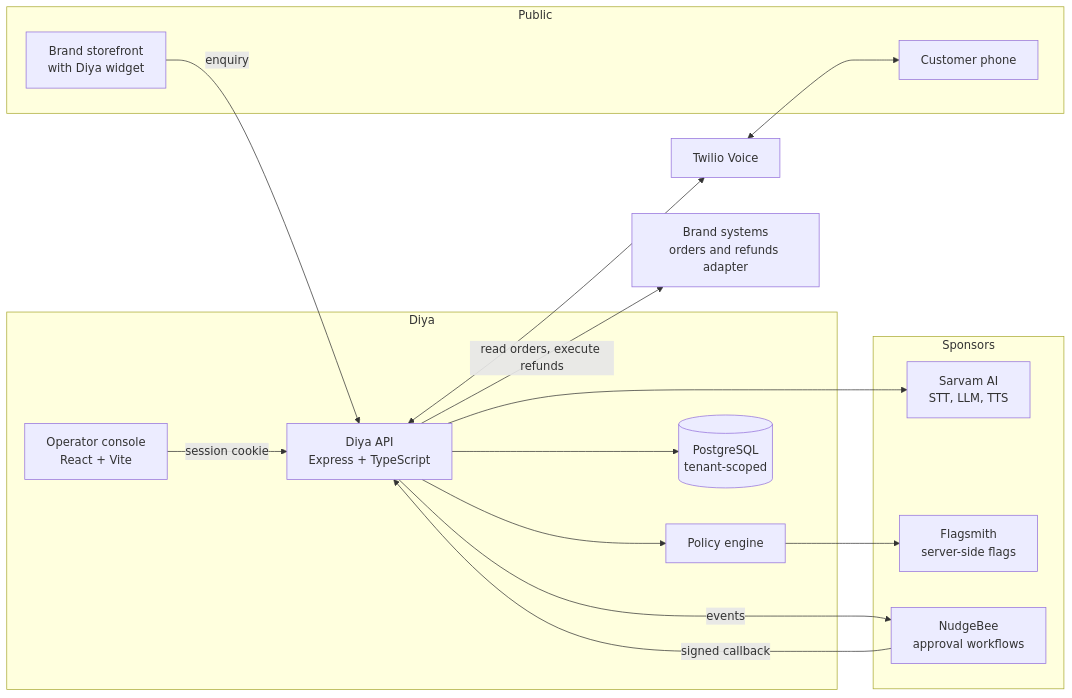
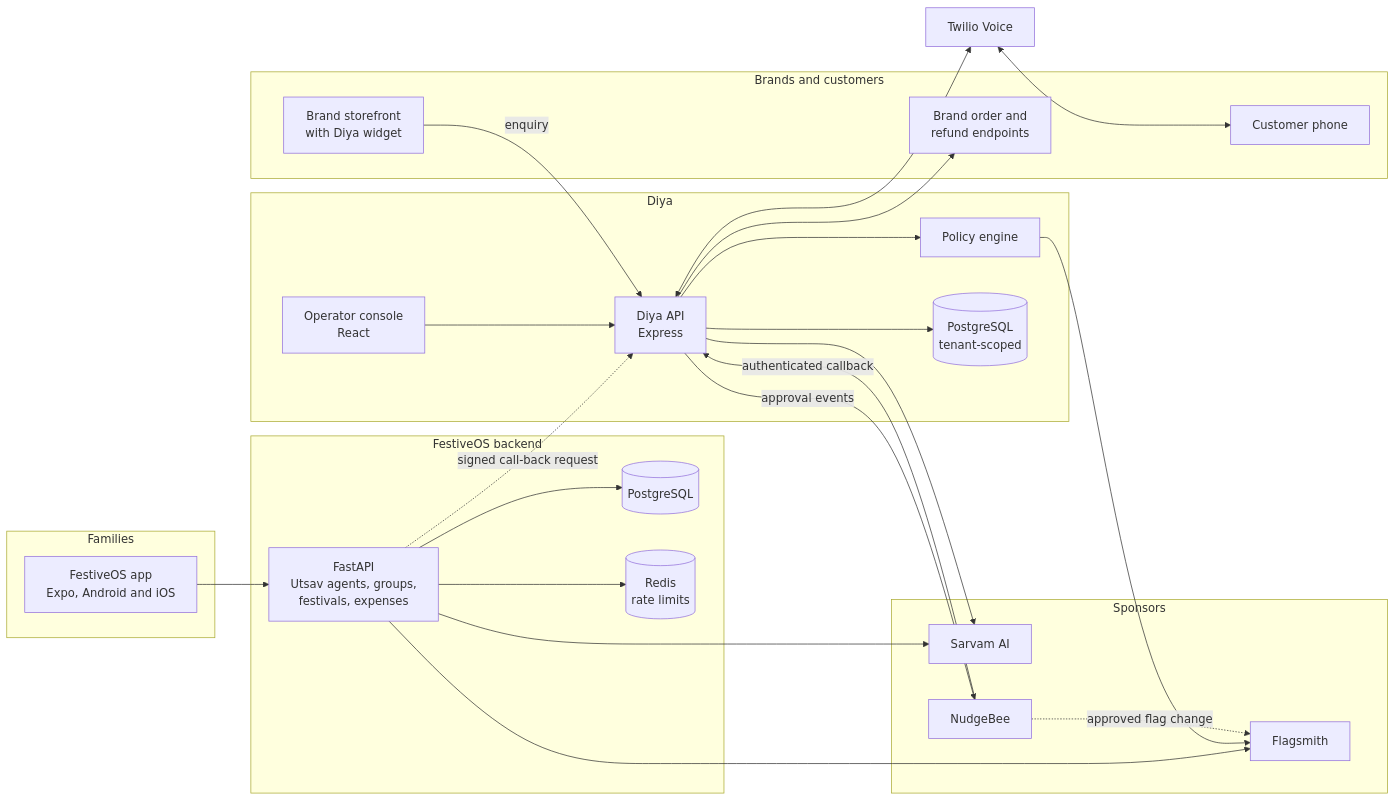
One commit to avezqureshi15/tech-phantoms changed the second of 2 diagrams in README.md. Above: the diagram before and after it, drawn with Mermaid. The commit also changed other lines of this file, not shown here.

First line of the commit message:
Document FestiveOS and Diya together in README

````diff
--- a/README.md
+++ b/README.md
@@ -154,35 +233,53 @@
 ```mermaid
 flowchart LR
-    subgraph Public
+    subgraph Families
+        APP[FestiveOS app<br/>Expo, Android and iOS]
+    end
+
+    subgraph FestiveOS backend
+        FAPI[FastAPI<br/>Utsav agents, groups,<br/>festivals, expenses]
+        FDB[(PostgreSQL)]
+        RD[(Redis<br/>rate limits)]
+    end
+
+    subgraph Brands and customers
         SF[Brand storefront<br/>with Diya widget]
         PH[Customer phone]
+        BR[Brand order and<br/>refund endpoints]
     end
 
     subgraph Diya
-        CL[Operator console<br/>React + Vite]
-        API[Diya API<br/>Express + TypeScript]
+        CL[Operator console<br/>React]
+        DAPI[Diya API<br/>Express]
         POL[Policy engine]
-        DB[(PostgreSQL<br/>tenant-scoped)]
+        DDB[(PostgreSQL<br/>tenant-scoped)]
     end
 
     subgraph Sponsors
-        SA[Sarvam AI<br/>STT, LLM, TTS]
-        FS[Flagsmith<br/>server-side flags]
-        NB[NudgeBee<br/>approval workflows]
+        SA[Sarvam AI]
+        FS[Flagsmith]
+        NB[NudgeBee]
     end
 
     TW[Twilio Voice]
-    BR[Brand systems<br/>orders and refunds adapter]
 
-    SF -->|enquiry| API
-    CL -->|session cookie| API
-    API --> DB
-    API --> POL
+    APP --> FAPI
+    FAPI --> FDB
+    FAPI --> RD
+    FAPI --> SA
+    FAPI --> FS
+    FAPI -.->|signed call-back request| DAPI
+
+    SF -->|enquiry| DAPI
+    CL --> DAPI
+    DAPI --> DDB
+    DAPI --> POL
     POL --> FS
-    API --> SA
-    API <--> TW
+    DAPI --> SA
+    DAPI <--> TW
     TW <--> PH
-    API -->|events| NB
-    NB -->|signed callback| API
-    API -->|read orders, execute refunds| BR
+    DAPI -->|approval events| NB
+    NB -->|authenticated callback| DAPI
+    DAPI --> BR
+    NB -.->|approved flag change| FS
 ```
````
